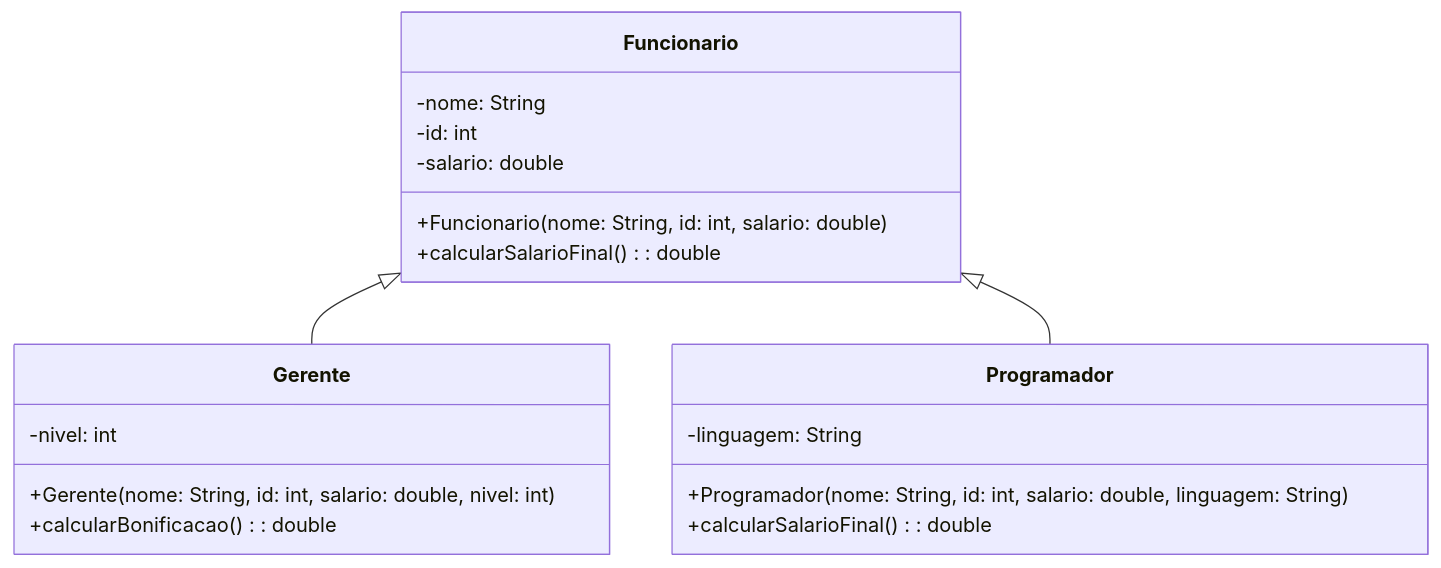
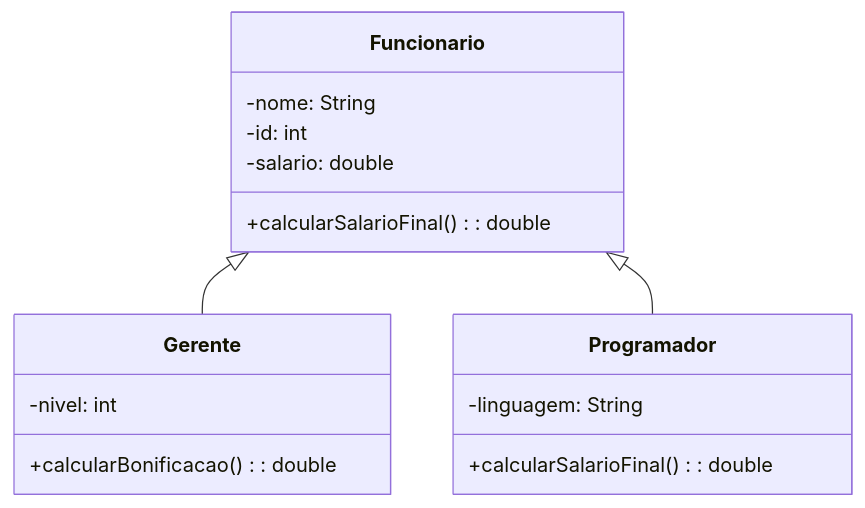
The second of 3 diagrams in ExercícioSala/README.md (liviaaVS/PEOO-TADS-II-PERIODO), drawn with Mermaid before and after one commit. The commit also changed other lines of this file, not shown here.

Commit message:
Ajustes no README.md(nos diagramas)

````diff
--- a/ExercícioSala/README.md
+++ b/ExercícioSala/README.md
@@ -53,25 +51,22 @@
 ```mermaid
 classDiagram
   class Funcionario {
     -nome: String
     -id: int
     -salario: double
-    +Funcionario(nome: String, id: int, salario: double)
     +calcularSalarioFinal(): double
   }
 
   class Gerente {
     -nivel: int
-    +Gerente(nome: String, id: int, salario: double, nivel: int)
     +calcularBonificacao(): double
   }
 
   class Programador {
     -linguagem: String
-    +Programador(nome: String, id: int, salario: double, linguagem: String)
     +calcularSalarioFinal(): double
   }
 
   Funcionario <|-- Gerente
   Funcionario <|-- Programador
 ```
````
